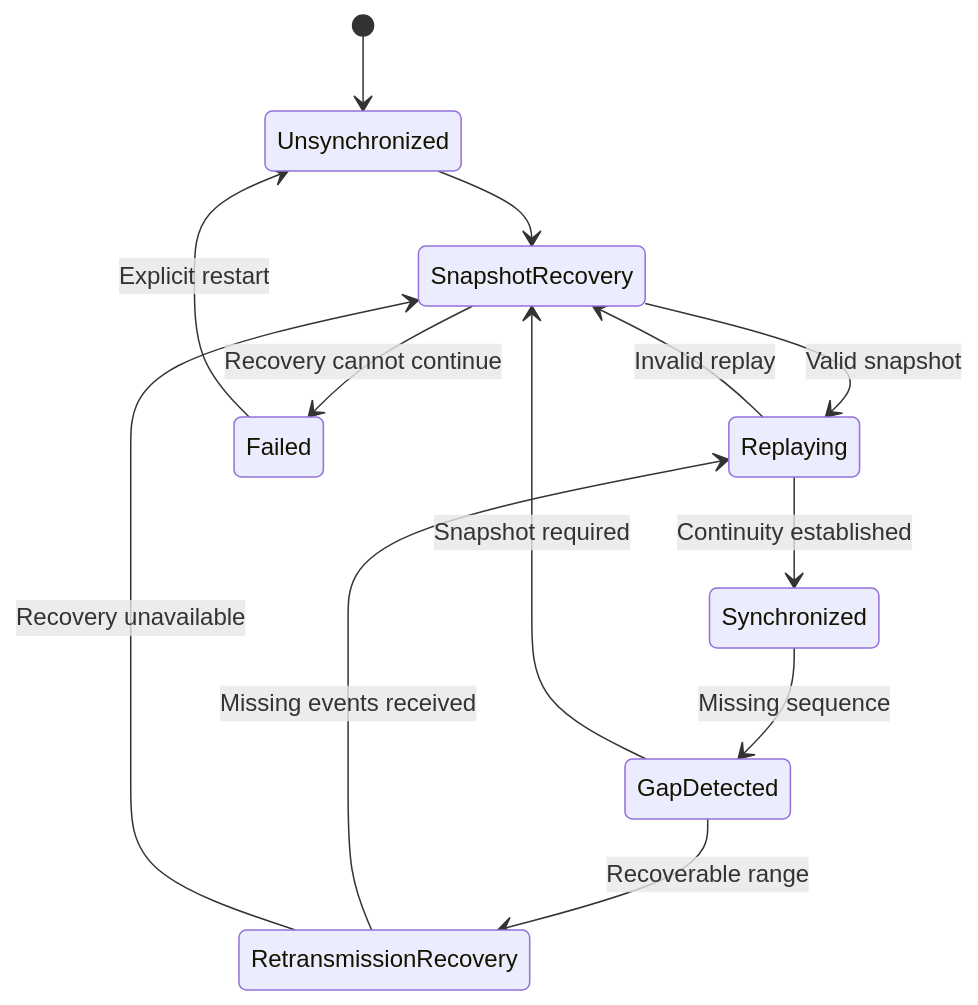
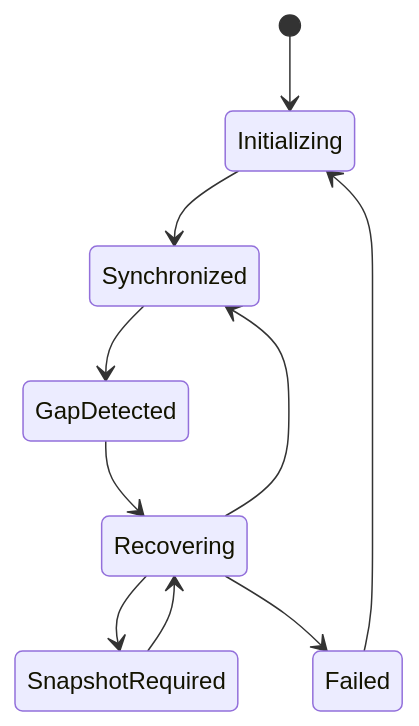
The fourth of 13 diagrams in docs/architecture.md (tembolo1284/maxwell), drawn with Mermaid before and after one commit. The commit also changed other lines of this file and 10 other files, not shown here.

````diff
--- a/docs/architecture.md
+++ b/docs/architecture.md
@@ -418,20 +354,12 @@
 ```mermaid
 stateDiagram-v2
-    [*] --> Unsynchronized
-
-    Unsynchronized --> SnapshotRecovery
-    SnapshotRecovery --> Replaying: Valid snapshot
-
-    Replaying --> Synchronized: Continuity established
-    Replaying --> SnapshotRecovery: Invalid replay
-
-    Synchronized --> GapDetected: Missing sequence
-    GapDetected --> RetransmissionRecovery: Recoverable range
-    GapDetected --> SnapshotRecovery: Snapshot required
-
-    RetransmissionRecovery --> Replaying: Missing events received
-    RetransmissionRecovery --> SnapshotRecovery: Recovery unavailable
-
-    SnapshotRecovery --> Failed: Recovery cannot continue
-    Failed --> Unsynchronized: Explicit restart
+    [*] --> Initializing
+    Initializing --> Synchronized
+    Synchronized --> GapDetected
+    GapDetected --> Recovering
+    Recovering --> Synchronized
+    Recovering --> SnapshotRequired
+    SnapshotRequired --> Recovering
+    Recovering --> Failed
+    Failed --> Initializing
 ```
````
